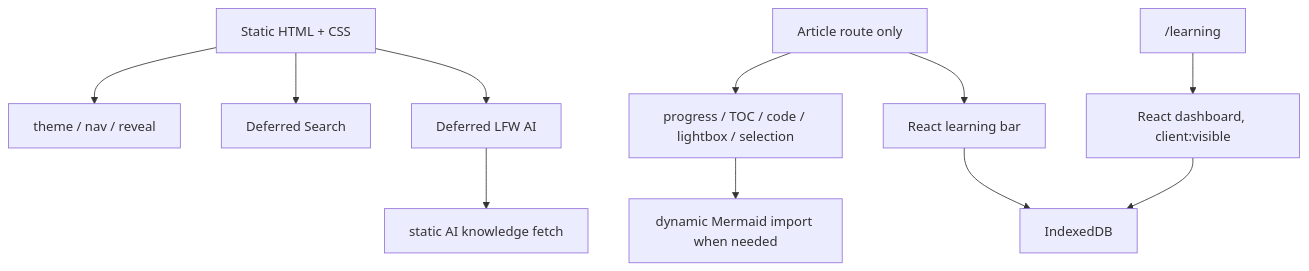
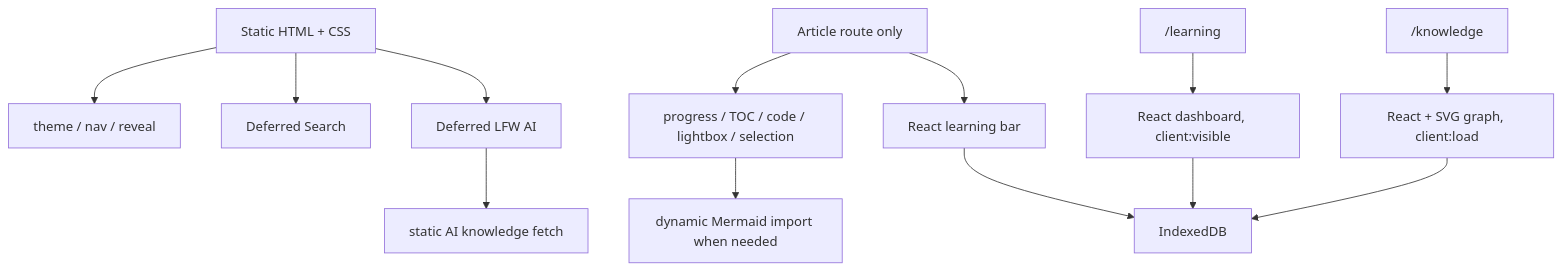
One commit to kdjfs/liufengwei-personal-blog changed the second of 4 diagrams in docs/ARCHITECTURE.md. Above: the diagram before and after it, drawn with Mermaid. The commit also changed other lines of this file and 2 other files, not shown here.

Commit message:
docs(graph): document knowledge graph architecture

````diff
--- a/docs/ARCHITECTURE.md
+++ b/docs/ARCHITECTURE.md
@@ -53,13 +54,15 @@
 ```mermaid
 flowchart TD
   HTML["Static HTML + CSS"] --> Global["theme / nav / reveal"]
   HTML --> Search["Deferred Search"]
   HTML --> AI["Deferred LFW AI"]
   Article["Article route only"] --> Enhancements["progress / TOC / code / lightbox / selection"]
   Enhancements --> Mermaid["dynamic Mermaid import when needed"]
   Article --> LearningBar["React learning bar"]
   Learning["/learning"] --> Dashboard["React dashboard, client:visible"]
+  KnowledgePage["/knowledge"] --> GraphIsland["React + SVG graph, client:load"]
   LearningBar --> DB["IndexedDB"]
   Dashboard --> DB
+  GraphIsland --> DB
   AI --> Retrieval["static AI knowledge fetch"]
 ```
````
